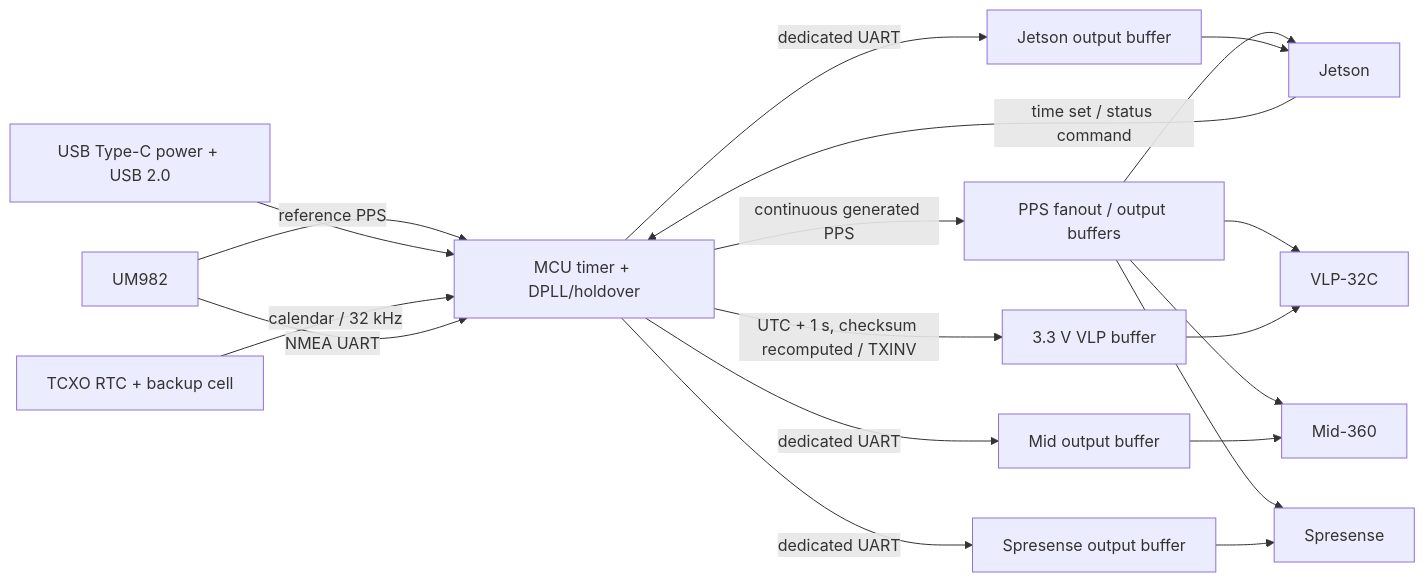
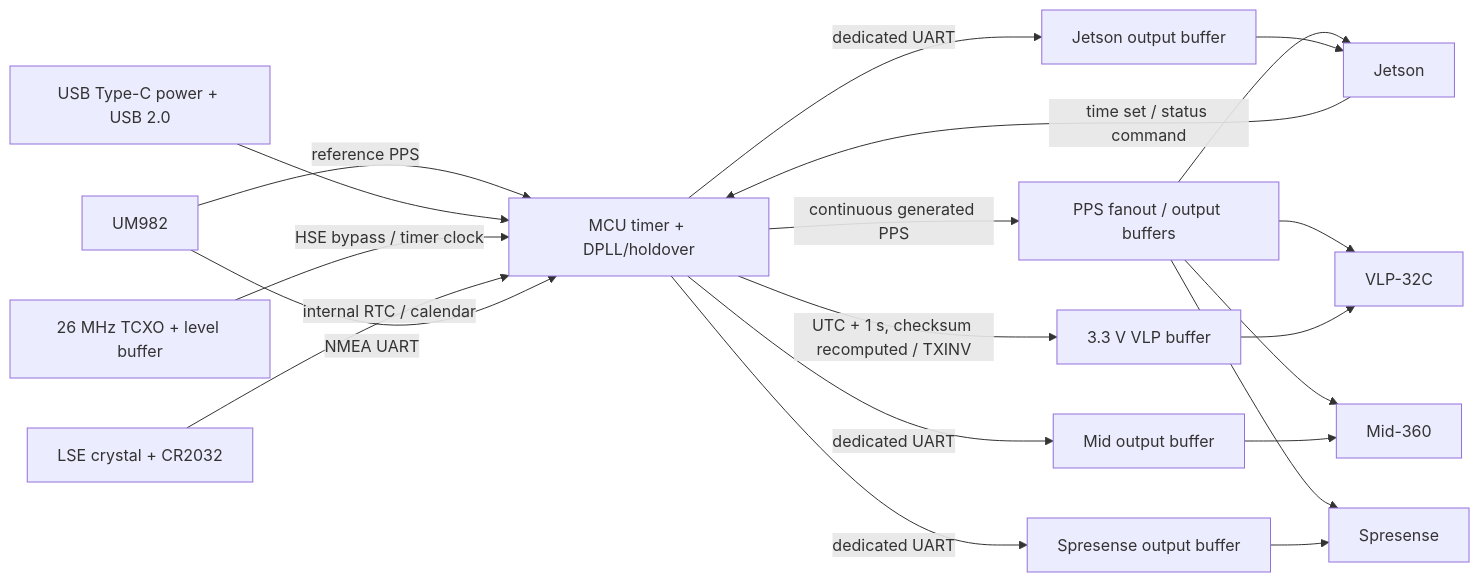
One commit to CoderDojoMusashikosugi/cub_2026_timing_sync_if_board changed the diagram in plan/design.md. Above: the diagram before and after it, drawn with Mermaid. The commit also changed other lines of this file and 4 other files, not shown here.

````diff
--- a/plan/design.md
+++ b/plan/design.md
@@ -89,21 +89,22 @@
 ```mermaid
 flowchart LR
     UM[UM982] -->|reference PPS| MCU[MCU timer + DPLL/holdover]
     USB[USB Type-C power + USB 2.0] --> MCU
-    RTC[TCXO RTC + backup cell] -->|calendar / 32 kHz| MCU
+    TCXO[26 MHz TCXO + level buffer] -->|HSE bypass / timer clock| MCU
+    LSE[LSE crystal + CR2032] -->|internal RTC / calendar| MCU
     UM -->|NMEA UART| MCU
     MCU -->|continuous generated PPS| FAN[PPS fanout / output buffers]
     FAN --> JET[Jetson]
     FAN --> VLP[VLP-32C]
     FAN --> MID[Mid-360]
     FAN --> SPR[Spresense]
     JET -->|time set / status command| MCU
     MCU -->|dedicated UART| JBUF[Jetson output buffer]
     JBUF --> JET
     MCU -->|dedicated UART| MBUF[Mid output buffer]
     MBUF --> MID
     MCU -->|dedicated UART| SBUF[Spresense output buffer]
     SBUF --> SPR
     MCU -->|UTC + 1 s, checksum recomputed / TXINV| INV[3.3 V VLP buffer]
     INV --> VLP
 ```
````
